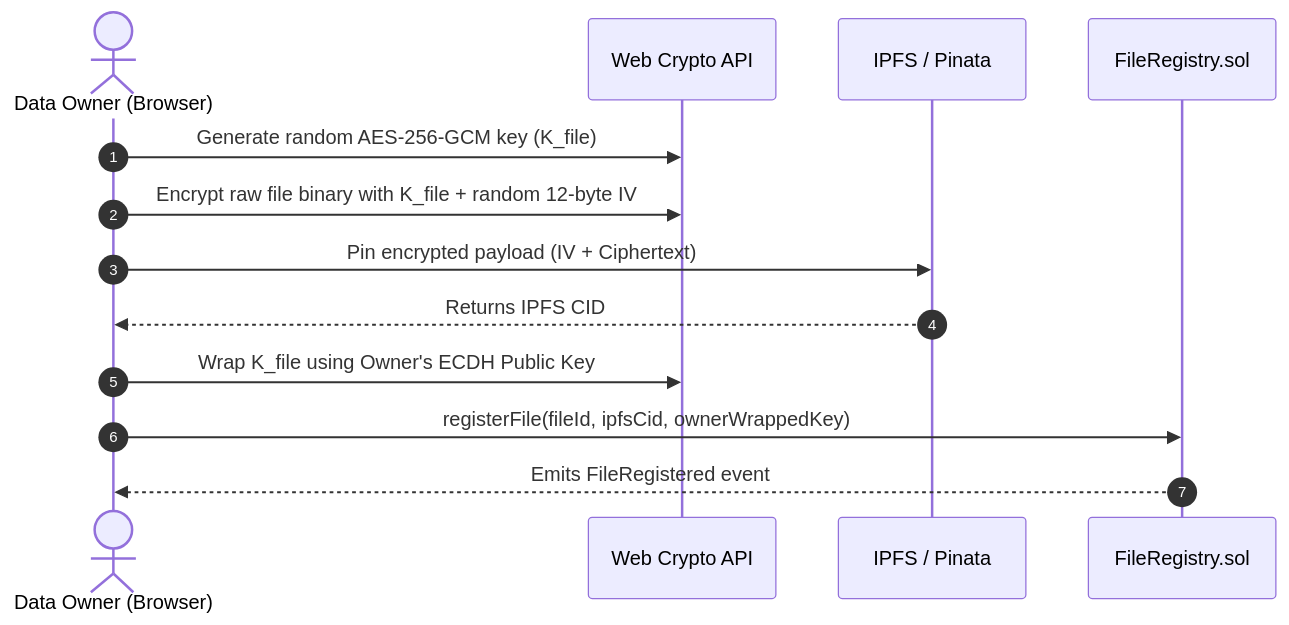
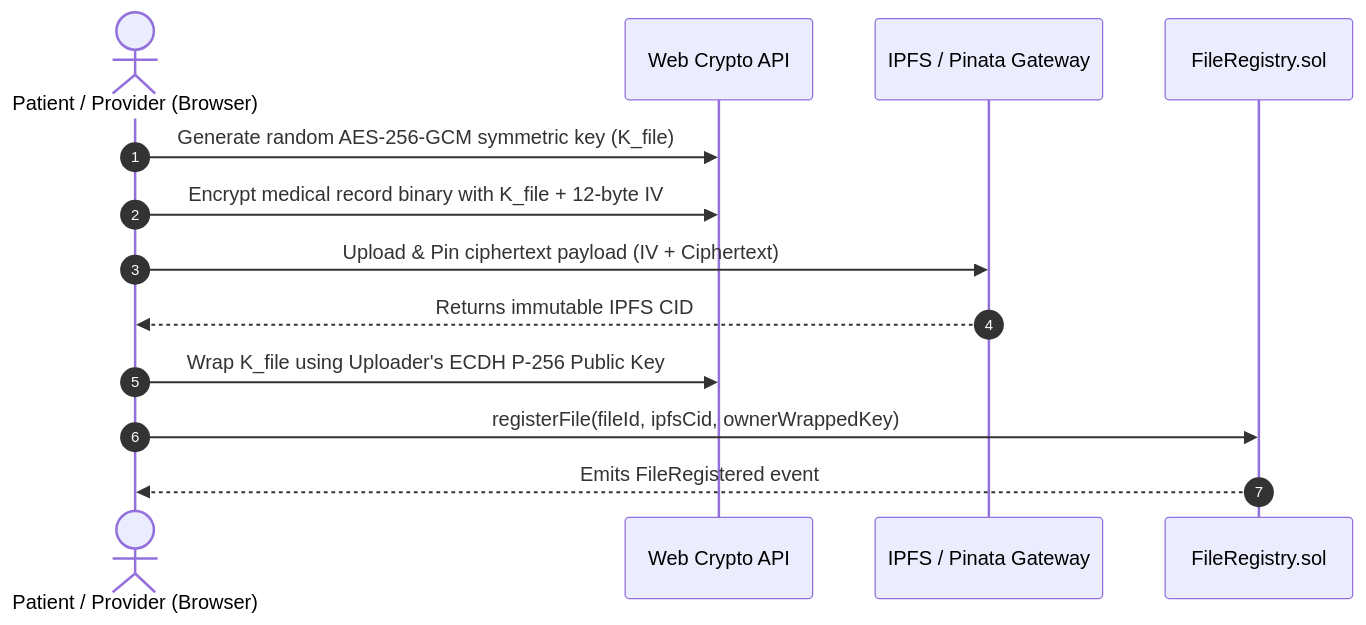
One commit to Anmol4679/blockchain_project_vit changed the first of 3 diagrams in README.md. Above: the diagram before and after it, drawn with Mermaid. The commit also changed other lines of this file and 5 other files, not shown here.

````diff
--- a/README.md
+++ b/README.md
@@ -55,16 +72,16 @@
 ```mermaid
 sequenceDiagram
     autonumber
-    actor Owner as Data Owner (Browser)
+    actor Patient as Patient / Provider (Browser)
     participant Crypto as Web Crypto API
-    participant IPFS as IPFS / Pinata
+    participant IPFS as IPFS / Pinata Gateway
     participant Chain as FileRegistry.sol
 
-    Owner->>Crypto: Generate random AES-256-GCM key (K_file)
-    Owner->>Crypto: Encrypt raw file binary with K_file + random 12-byte IV
-    Owner->>IPFS: Pin encrypted payload (IV + Ciphertext)
-    IPFS-->>Owner: Returns IPFS CID
-    Owner->>Crypto: Wrap K_file using Owner's ECDH Public Key
-    Owner->>Chain: registerFile(fileId, ipfsCid, ownerWrappedKey)
-    Chain-->>Owner: Emits FileRegistered event
+    Patient->>Crypto: Generate random AES-256-GCM symmetric key (K_file)
+    Patient->>Crypto: Encrypt medical record binary with K_file + 12-byte IV
+    Patient->>IPFS: Upload & Pin ciphertext payload (IV + Ciphertext)
+    IPFS-->>Patient: Returns immutable IPFS CID
+    Patient->>Crypto: Wrap K_file using Uploader's ECDH P-256 Public Key
+    Patient->>Chain: registerFile(fileId, ipfsCid, ownerWrappedKey)
+    Chain-->>Patient: Emits FileRegistered event
 ```
````
